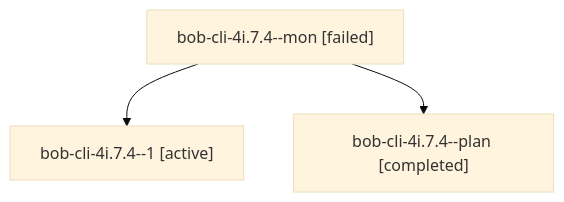
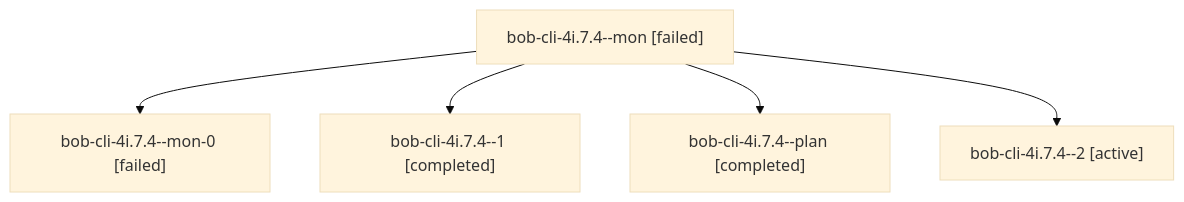
The diagram in sessions/bbugyi200.apollo.bob-cli-4i.7.4.md (bobs-org/bob-cli--agents), drawn with Mermaid (base theme) before and after one commit. The commit also changed other lines of this file and 48 other files, not shown here.

````diff
--- a/sessions/bbugyi200.apollo.bob-cli-4i.7.4.md
+++ b/sessions/bbugyi200.apollo.bob-cli-4i.7.4.md
@@ -9,8 +9,12 @@
 ```mermaid
 flowchart TD
   n0["bob-cli-4i.7.4--mon [failed]"]
-  n1["bob-cli-4i.7.4--1 [active]"]
+  n1["bob-cli-4i.7.4--mon-0 [failed]"]
   n0 --> n1
-  n2["bob-cli-4i.7.4--plan [completed]"]
+  n2["bob-cli-4i.7.4--1 [completed]"]
   n0 --> n2
+  n3["bob-cli-4i.7.4--plan [completed]"]
+  n0 --> n3
+  n4["bob-cli-4i.7.4--2 [active]"]
+  n0 --> n4
 ```
````
